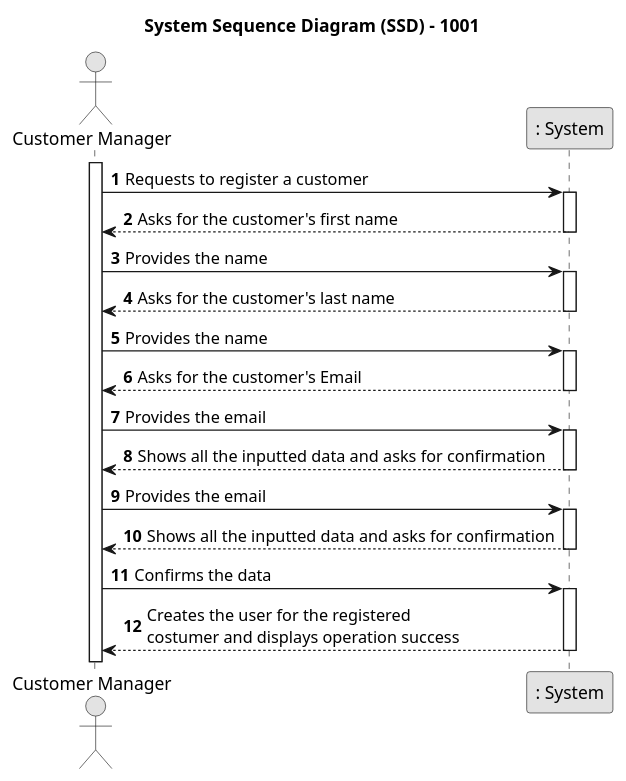
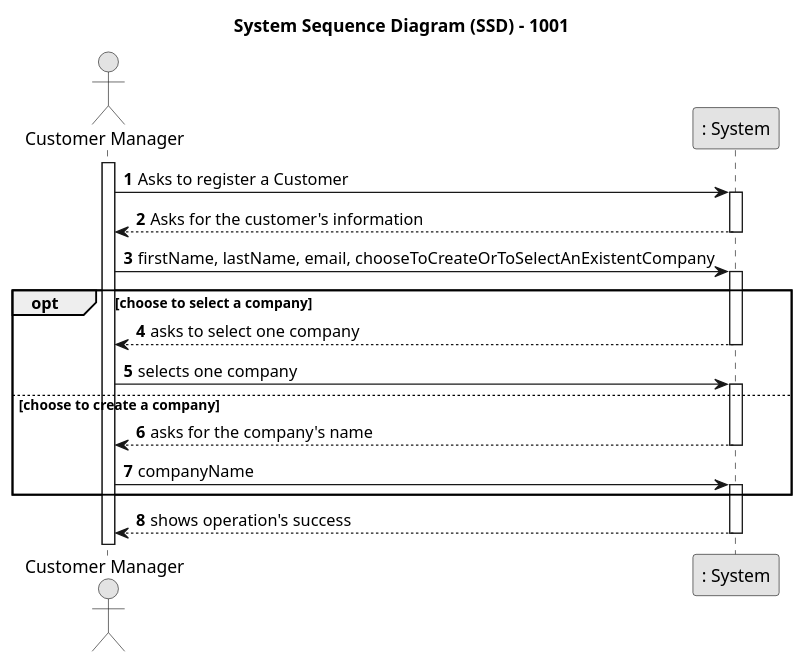
One commit to MiguelCardoso77/LAPR4 changed the diagram in docs/SprintB/1001/1001-system-sequence-diagram.puml. Above: the diagram before and after it, drawn with PlantUML. The commit also changed 5 other files, not shown here.

```diff
--- a/docs/SprintB/1001/1001-system-sequence-diagram.puml
+++ b/docs/SprintB/1001/1001-system-sequence-diagram.puml
@@ -1,51 +1,50 @@
 @startuml
 skinparam monochrome true
 skinparam packageStyle rectangle
 skinparam shadowing false
 
 title System Sequence Diagram (SSD) - 1001
 
 autonumber
 
 actor "Customer Manager" as CM
 participant ": System" as System
 
 activate CM    
 
-    CM -> System : Requests to register a customer
+    CM -> System : Asks to register a Customer
     activate System
 
-        System --> CM : Asks for the customer's first name
+        System --> CM : Asks for the customer's information
     deactivate System
 
-    CM -> System : Provides the name
+    CM -> System : firstName, lastName, email, chooseToCreateOrToSelectAnExistentCompany
     activate System
 
-        System --> CM : Asks for the customer's last name
+    opt choose to select a company
+
+    System --> CM : asks to select one company
+
     deactivate System
 
-    CM -> System : Provides the name
+    CM -> System : selects one company
+
+    else choose to create a company
+
     activate System
 
-        System --> CM : Asks for the customer's Email
+    System --> CM : asks for the company's name
+
     deactivate System
 
-    CM -> System : Provides the email
+    CM -> System : companyName
+
     activate System
 
-        System --> CM : Shows all the inputted data and asks for confirmation
-    deactivate System
+    end
 
-    CM -> System : Provides the email
-    activate System
+    System --> CM : shows operation's success
 
-         System --> CM : Shows all the inputted data and asks for confirmation
-    deactivate System
-
-    CM -> System : Confirms the data
-    activate System
-
-         System --> CM : Creates the user for the registered \ncostumer and displays operation success
     deactivate System
 
 @enduml
```
